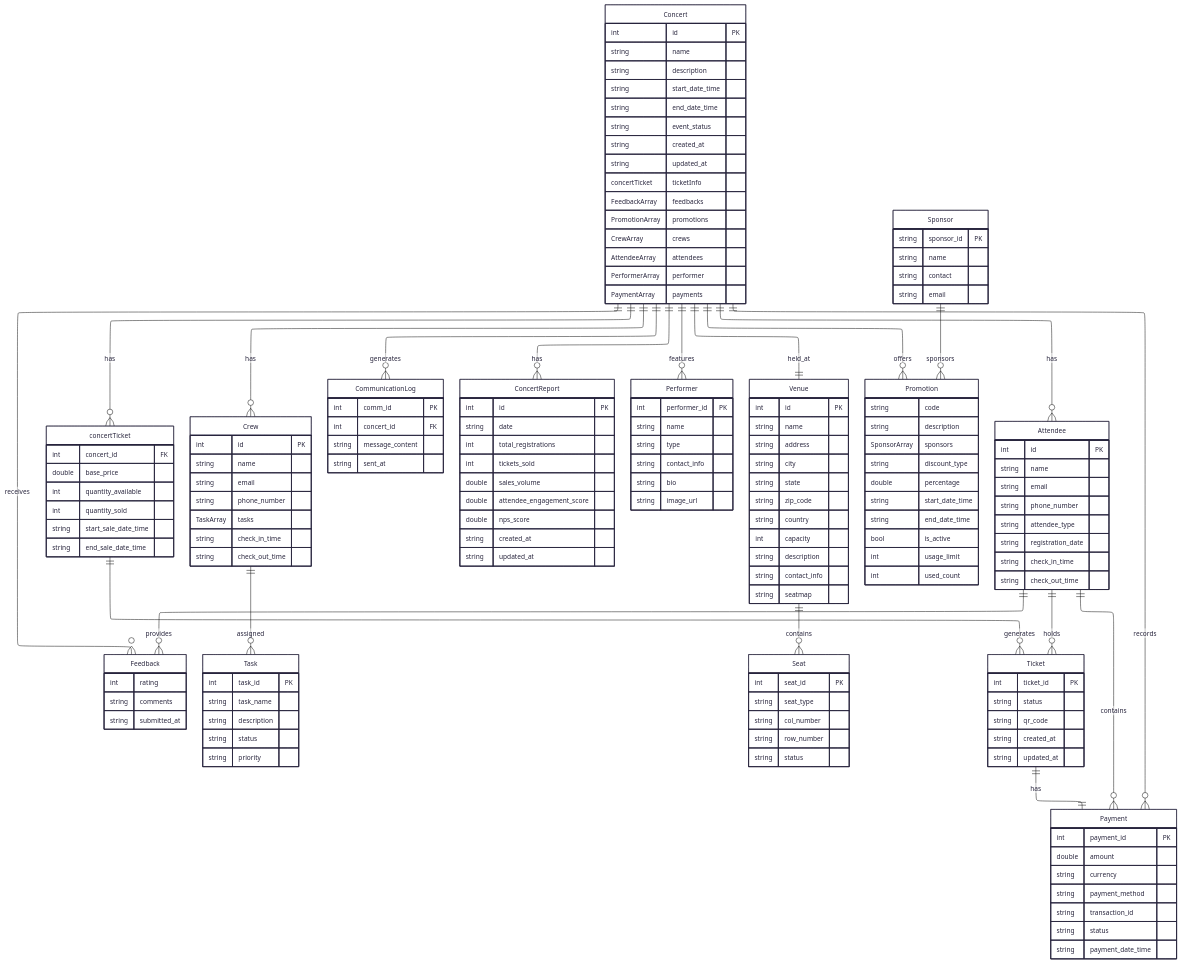
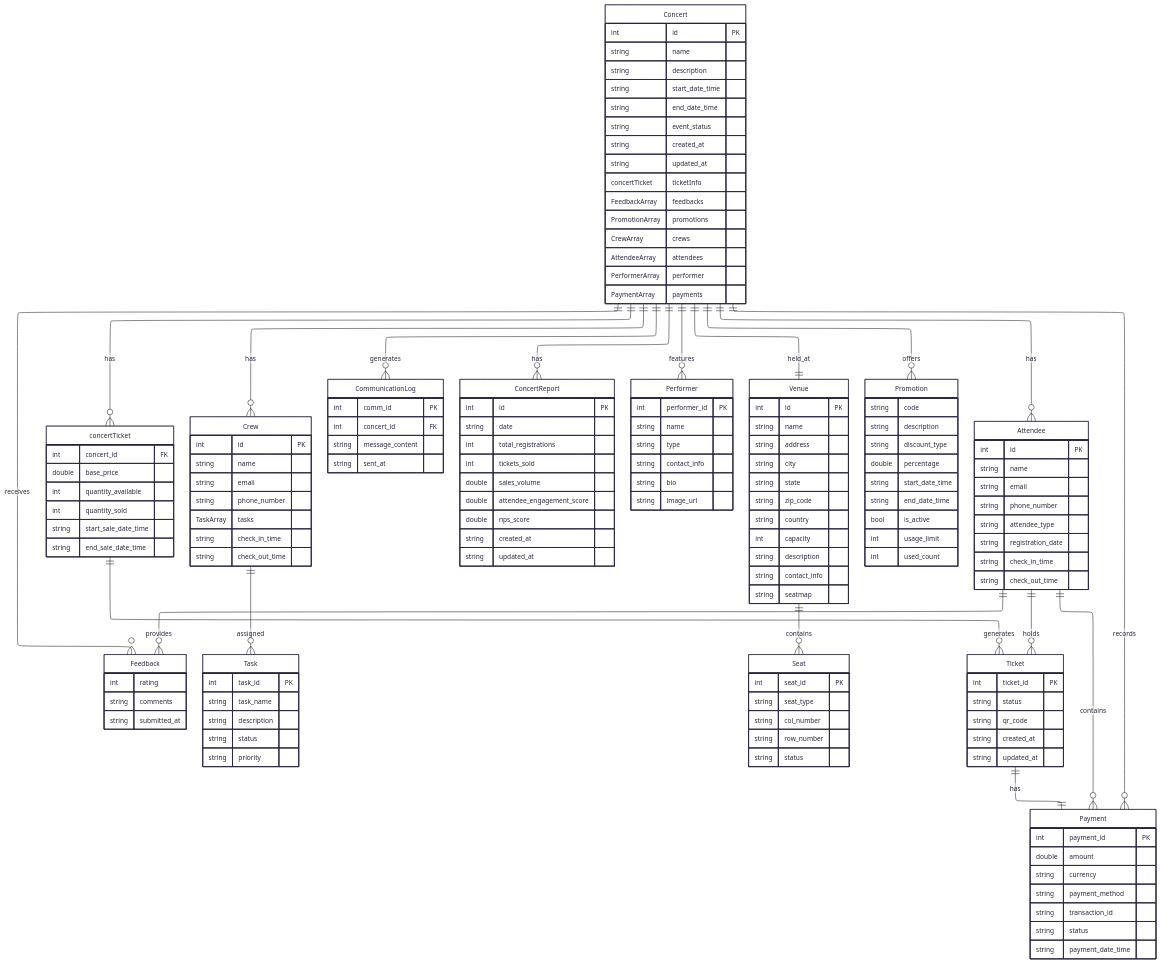
Before and after one commit to Tanwyhang/MuseIO-Concert-Management-App: the diagram in DataModel.mmd, drawn with Mermaid. The commit also changed 13 other files, not shown here.

```diff
--- a/DataModel.mmd
+++ b/DataModel.mmd
@@ -1,160 +1,152 @@
 ---
 config:
   layout: elk
   theme: redux
 ---
 erDiagram
     direction TB
     Concert {
         int id PK  
         string name  
         string description  
         string start_date_time  
         string end_date_time  
         string event_status  
         string created_at  
         string updated_at  
         concertTicket ticketInfo  
         FeedbackArray feedbacks  
         PromotionArray promotions  
         CrewArray crews  
         AttendeeArray attendees  
         PerformerArray performer  
         PaymentArray payments  
     }
     concertTicket {
         int concert_id FK  
         double base_price  
         int quantity_available  
         int quantity_sold  
         string start_sale_date_time  
         string end_sale_date_time  
     }
     Crew {
         int id PK  
         string name  
         string email  
         string phone_number  
         TaskArray tasks  
         string check_in_time  
         string check_out_time  
     }
     Payment {
         int payment_id PK  
         double amount  
         string currency  
         string payment_method  
         string transaction_id  
         string status  
         string payment_date_time  
     }
     CommunicationLog {
         int comm_id PK  
         int concert_id FK  
         string message_content  
         string sent_at  
     }
     ConcertReport {
         int id PK  
         string date  
         int total_registrations  
         int tickets_sold  
         double sales_volume  
         double attendee_engagement_score  
         double nps_score  
         string created_at  
         string updated_at  
     }
     Feedback {
         int rating  
         string comments  
         string submitted_at  
     }
     Task {
         int task_id PK  
         string task_name  
         string description  
         string status  
         string priority  
     }
     Seat {
         int seat_id PK  
         string seat_type  
         string col_number  
         string row_number  
         string status  
     }
     Performer {
         int performer_id PK  
         string name  
         string type  
         string contact_info  
         string bio  
         string image_url  
     }
-    Sponsor {
-        string sponsor_id PK  
-        string name  
-        string contact  
-        string email  
-    }
     Ticket {
         int ticket_id PK  
         string status  
         string qr_code  
         string created_at  
         string updated_at  
     }
     Venue {
         int id PK  
         string name  
         string address  
         string city  
         string state  
         string zip_code  
         string country  
         int capacity  
         string description  
         string contact_info  
         string seatmap  
     }
     Promotion {
         string code  
         string description  
-        SponsorArray sponsors  
         string discount_type  
         double percentage  
         string start_date_time  
         string end_date_time  
         bool is_active  
         int usage_limit  
         int used_count  
     }
     Attendee {
         int id PK  
         string name  
         string email  
         string phone_number  
         string attendee_type  
         string registration_date  
         string check_in_time  
         string check_out_time  
     }
     Concert||--o{concertTicket:"has"
     Concert||--o{Feedback:"receives"
     Concert||--o{Promotion:"offers"
     Concert||--o{Crew:"has"
     Concert||--o{Attendee:"has"
     Concert||--o{Performer:"features"
     Concert||--||Venue:"held_at"
     Concert||--o{CommunicationLog:"generates"
     Concert||--o{ConcertReport:"has"
     Concert||--o{Payment:"records"
     Crew||--o{Task:"assigned"
     Attendee||--o{Ticket:"holds"
     Attendee||--o{Feedback:"provides"
     Attendee||--o{Payment:"contains"
     Venue||--o{Seat:"contains"
     concertTicket||--o{Ticket:"generates"
     Ticket||--||Payment:"has"
-    Sponsor||--o{Promotion:"sponsors"
```
